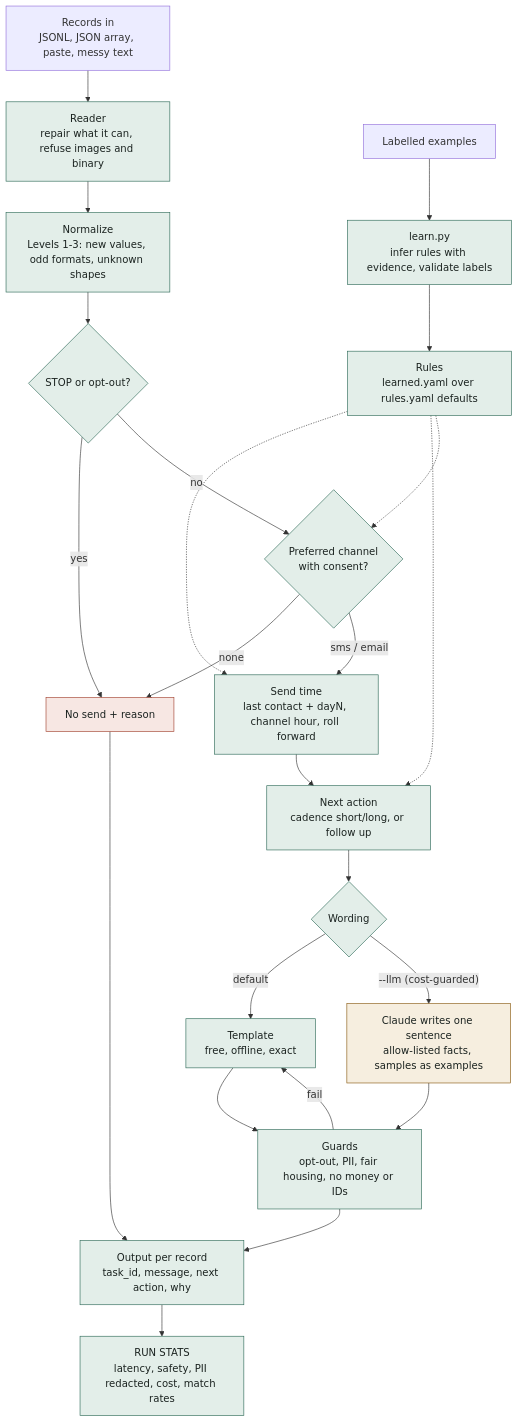
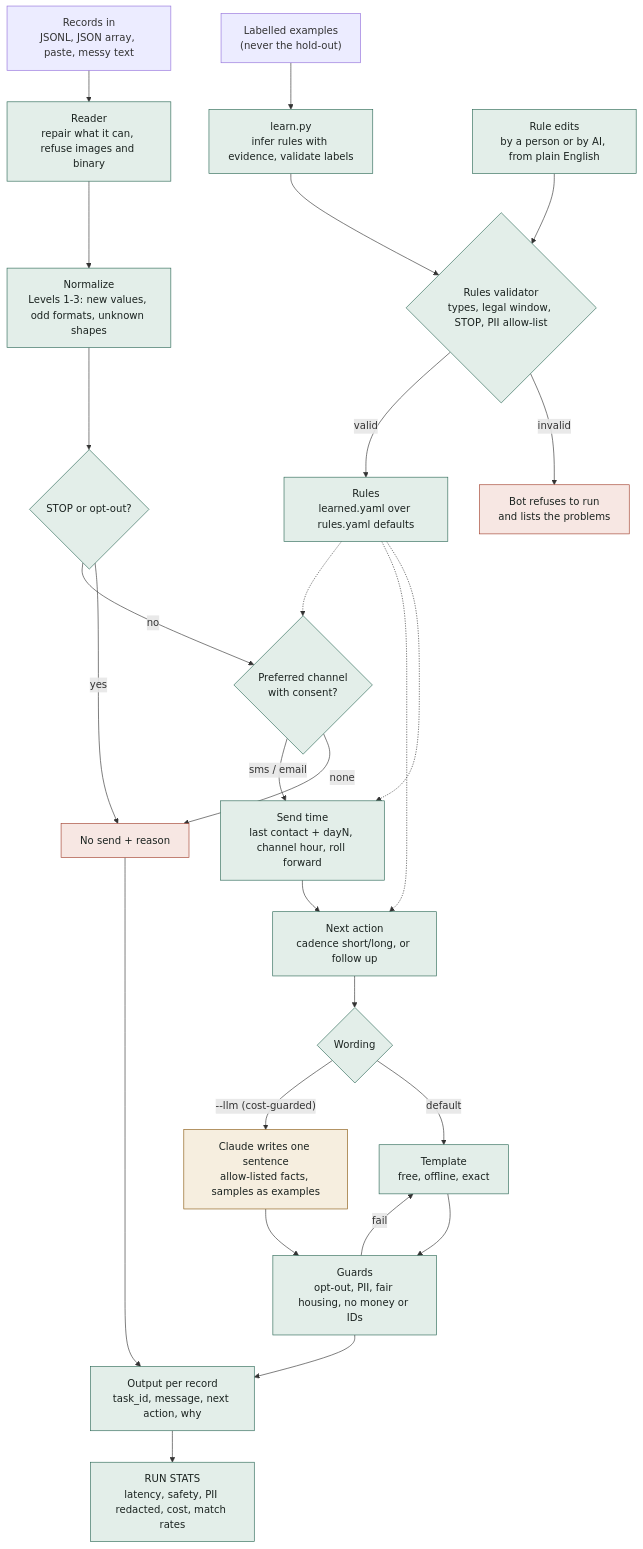
The diagram in plans/cheat-sheet.md (markfyoung0711/rp), drawn with Mermaid before and after one commit. The commit also changed other lines of this file and 18 other files, not shown here.

First line of the commit message:
Rules validator (D-053): checks rules/learned/properties on every load, bot and learn.py refuse invalid rules (exit 6), scripts/validate_rules.py, tests; diagram shows rule generation and validation; regenerated docs (solution.md, decision table, pages)

````diff
--- a/plans/cheat-sheet.md
+++ b/plans/cheat-sheet.md
@@ -13,33 +13,36 @@
 ```mermaid
 flowchart TD
     IN["Records in<br/>JSONL, JSON array, paste, messy text"] --> READ["Reader<br/>repair what it can, refuse images and binary"]
     READ --> NORM["Normalize<br/>Levels 1-3: new values, odd formats, unknown shapes"]
     NORM --> STOP{"STOP or opt-out?"}
     STOP -- yes --> NOSEND["No send + reason"]
     STOP -- no --> CHAN{"Preferred channel<br/>with consent?"}
     CHAN -- none --> NOSEND
     CHAN -- sms / email --> TIME["Send time<br/>last contact + dayN, channel hour, roll forward"]
     TIME --> NEXT["Next action<br/>cadence short/long, or follow up"]
     NEXT --> WORD{"Wording"}
     WORD -- default --> TPL["Template<br/>free, offline, exact"]
     WORD -- "--llm (cost-guarded)" --> LLM["Claude writes one sentence<br/>allow-listed facts, samples as examples"]
     TPL --> GUARD["Guards<br/>opt-out, PII, fair housing, no money or IDs"]
     LLM --> GUARD
     GUARD -- fail --> TPL
     GUARD --> OUT["Output per record<br/>task_id, message, next action, why"]
     NOSEND --> OUT
     OUT --> STATS["RUN STATS<br/>latency, safety, PII redacted, cost, match rates"]
 
-    EX["Labelled examples"] --> LEARN["learn.py<br/>infer rules with evidence, validate labels"]
-    LEARN --> RULES["Rules<br/>learned.yaml over rules.yaml defaults"]
+    EX["Labelled examples<br/>(never the hold-out)"] --> LEARN["learn.py<br/>infer rules with evidence, validate labels"]
+    EDIT["Rule edits<br/>by a person or by AI, from plain English"] --> VAL
+    LEARN --> VAL{"Rules validator<br/>types, legal window, STOP, PII allow-list"}
+    VAL -- invalid --> REFUSE["Bot refuses to run<br/>and lists the problems"]
+    VAL -- valid --> RULES["Rules<br/>learned.yaml over rules.yaml defaults"]
     RULES -.-> TIME
     RULES -.-> NEXT
     RULES -.-> CHAN
 
     classDef code fill:#E3EEE9,stroke:#2E6A58,color:#1B2320
     classDef ai fill:#F6EEDF,stroke:#8A5A12,color:#1B2320
     classDef stop fill:#F7E7E3,stroke:#A2412F,color:#1B2320
-    class READ,NORM,STOP,CHAN,TIME,NEXT,WORD,TPL,GUARD,OUT,STATS,LEARN,RULES code
+    class READ,NORM,STOP,CHAN,TIME,NEXT,WORD,TPL,GUARD,OUT,STATS,LEARN,RULES,VAL,EDIT code
     class LLM ai
-    class NOSEND stop
+    class NOSEND,REFUSE stop
 ```
````
